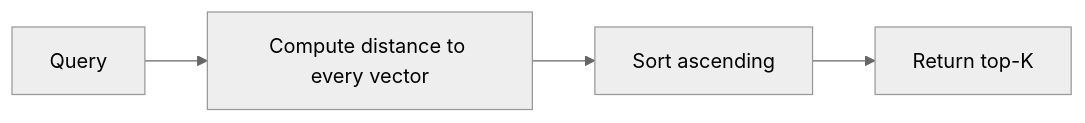
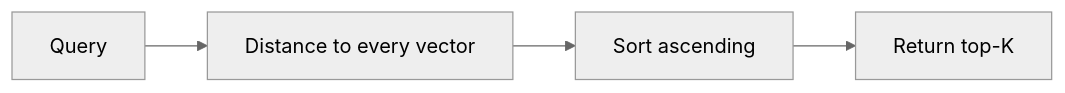
Before and after one commit to krishkantrai27/StackForge: the eighth of 10 diagrams in README.md, drawn with Mermaid (neutral theme). The commit also changed other lines of this file, not shown here.

````diff
--- a/README.md
+++ b/README.md
@@ -239,6 +276,6 @@
 ```mermaid
 flowchart LR
-    A["Query"] --> B["Compute distance to every vector"]
+    A["Query"] --> B["Distance to every vector"]
     B --> C["Sort ascending"]
     C --> D["Return top-K"]
 ```
````
